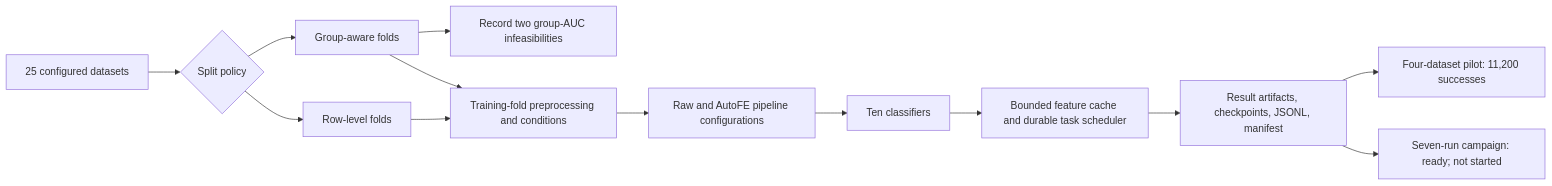
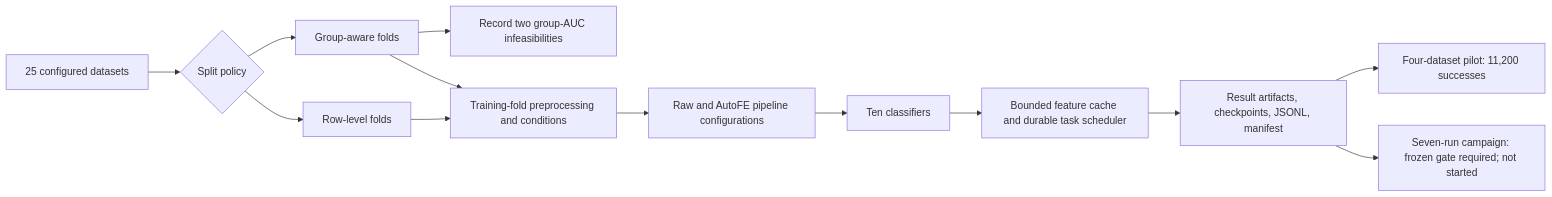
One commit to mdshoaibuddinchanda/AutoFE-ShiftBench changed the diagram in README.md. Above: the diagram before and after it, drawn with Mermaid. The commit also changed other lines of this file and 31 other files, not shown here.

````diff
--- a/README.md
+++ b/README.md
@@ -19,15 +21,15 @@
 ```mermaid
 flowchart LR
     A[25 configured datasets] --> B{Split policy}
     B --> R[Row-level folds]
     B --> G[Group-aware folds]
     G --> S[Record two group-AUC infeasibilities]
     R --> T[Training-fold preprocessing and conditions]
     G --> T
     T --> F[Raw and AutoFE pipeline configurations]
     F --> M[Ten classifiers]
     M --> C[Bounded feature cache and durable task scheduler]
     C --> L[Result artifacts, checkpoints, JSONL, manifest]
     L --> P[Four-dataset pilot: 11,200 successes]
-    L --> H[Seven-run campaign: ready; not started]
+    L --> H[Seven-run campaign: frozen gate required; not started]
 ```
````
